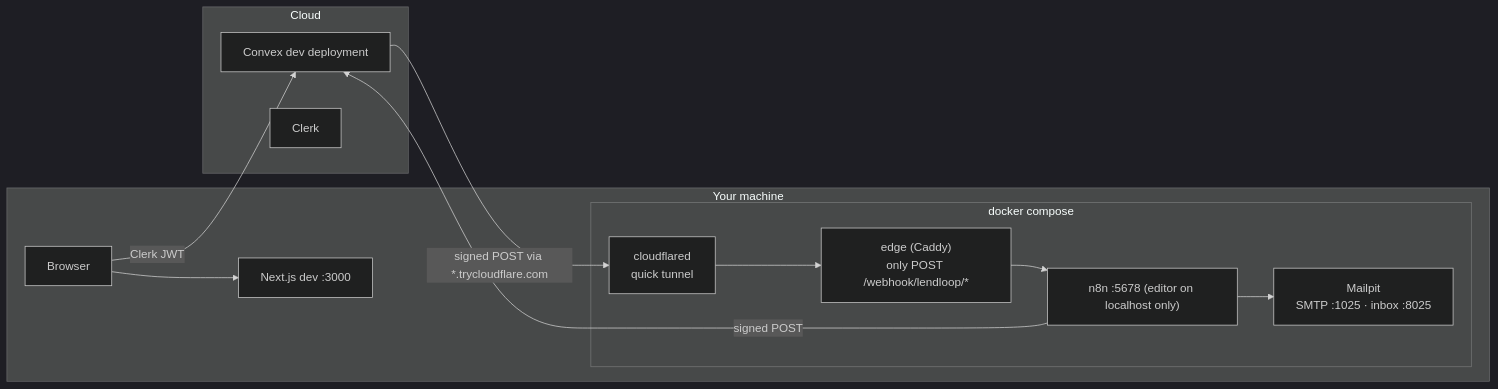
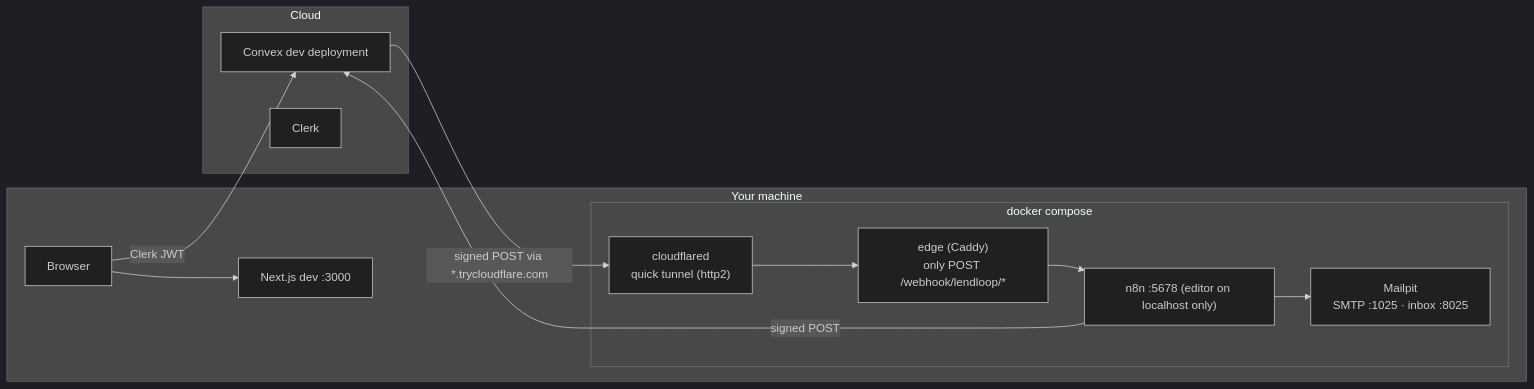
Before and after one commit to StarfallV/fluenceinternational-lendloop: the fourth of 4 diagrams in docs/architecture.md, drawn with Mermaid (dark theme). The commit also changed other lines of this file and 10 other files, not shown here.

````diff
--- a/docs/architecture.md
+++ b/docs/architecture.md
@@ -484,18 +622,18 @@
 ```mermaid
 flowchart LR
   subgraph PC["Your machine"]
     BR["Browser"] --> NX["Next.js dev :3000"]
     subgraph DC["docker compose"]
-      CF["cloudflared<br/>quick tunnel"] --> ED["edge (Caddy)<br/>only POST /webhook/lendloop/*"]
+      CF["cloudflared<br/>quick tunnel (http2)"] --> ED["edge (Caddy)<br/>only POST /webhook/lendloop/*"]
       ED --> N8["n8n :5678 (editor on localhost only)"]
       N8 --> MP["Mailpit<br/>SMTP :1025 · inbox :8025"]
     end
   end
   subgraph Cloud
     CX["Convex dev deployment"]
     CK["Clerk"]
   end
   BR -- "Clerk JWT" --> CX
   CX -- "signed POST via *.trycloudflare.com" --> CF
   N8 -- "signed POST" --> CX
 ```
````
